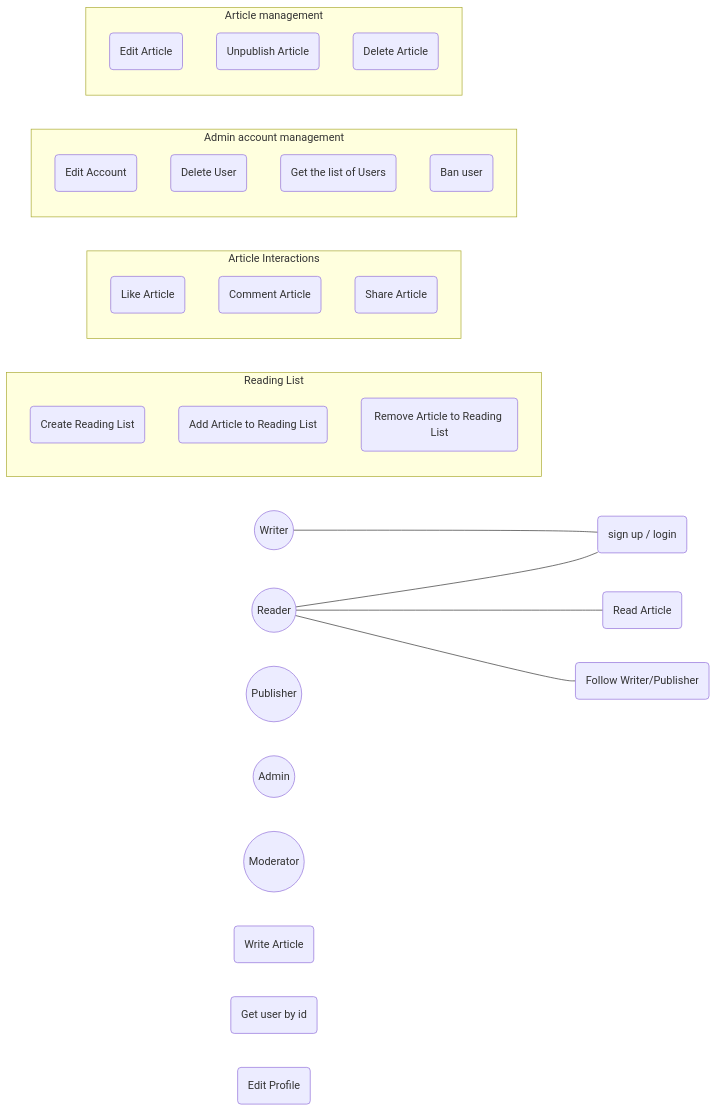
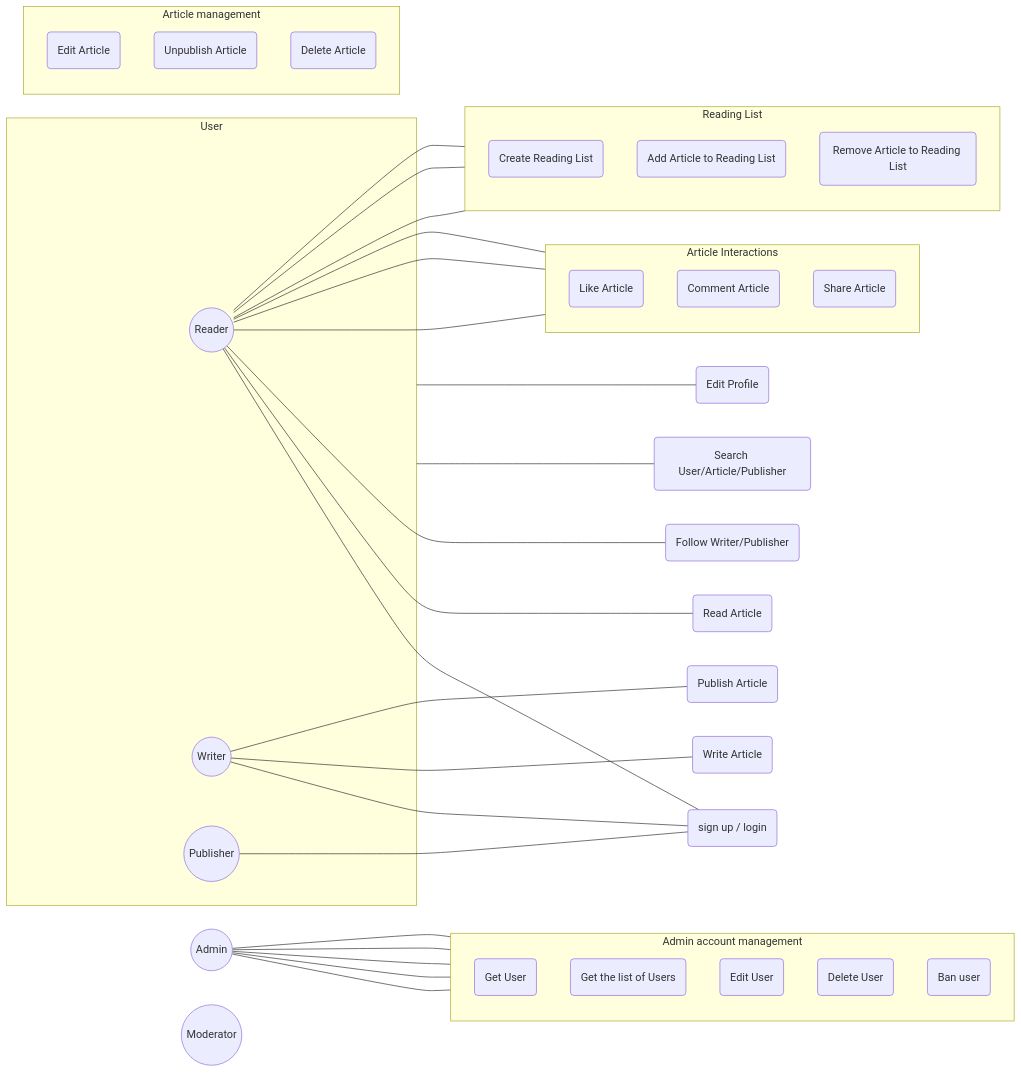
One commit to 4ry1337/my-obsidian changed the first of 6 diagrams in Capstone/Diagrams.md. Above: the diagram before and after it, drawn with Mermaid. The commit also changed 1 other file, not shown here.

Commit message:
vault backup: 2024-01-16 21:48:11

````diff
--- a/Capstone/Diagrams.md
+++ b/Capstone/Diagrams.md
@@ -2,8 +2,11 @@
 ```mermaid
 flowchart LR
-r((Reader))
-w((Writer))
-p((Publisher))
+subgraph User
+	r((Reader))
+	w((Writer))
+	p((Publisher))
+end
+
 a((Admin))
 m((Moderator))
 
@@ -11,6 +14,7 @@
 
 r --- auth
 w --- auth
+p --- auth
 
 read(Read Article)
 
@@ -21,17 +25,29 @@
 r --- follow
 
 write(Write Article)
+publish(Publish Article)
+
+w --- write
+w --- publish
 
 subgraph Reading List
 	direction TB
-	createReadingList(Create Reading List)
-	addToReadingList(Add Article to Reading List)
-	removeToReadingList(Remove Article to Reading List)
+	crl(Create Reading List)
+	arl(Add Article to Reading List)
+	rrl(Remove Article to Reading List)
 end
 
+r --- crl
+r --- arl
+r --- rrl
+
+search(Search User/Article/Publisher)
+editProfile(Edit Profile)
+
+User --- search
+User --- editProfile
+
 getUser(Get user by id)
-
-editp(Edit Profile)
  
 subgraph Article Interactions
 	direction TB
@@ -40,13 +56,24 @@
 	share(Share Article)
 end
 
+r --- like
+r --- comment
+r --- share
+
 subgraph Admin account management
 	direction TB
-	editAccount(Edit Account)
+	getUsers(Get the list of Users)
+	getUser(Get User)
+	editUser(Edit User)
 	deleteUser(Delete User)
-	getUsers(Get the list of Users)
 	banUser(Ban user)
 end
+
+a --- getUsers
+a --- getUser
+a --- editUser
+a --- deleteUser
+a --- banUser
  
 subgraph Article management
 	direction TB
````
